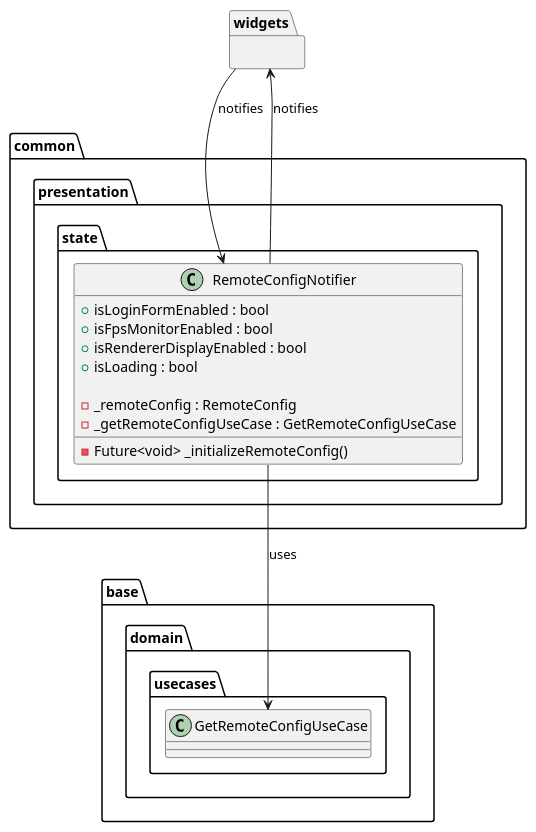
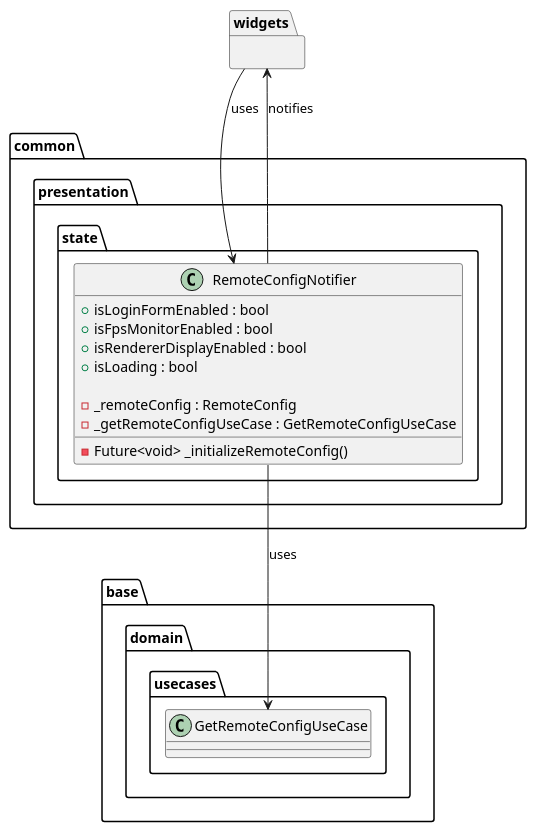
The diagram in metrics/web/docs/features/remote_config/diagrams/remote_config_presentation_class.puml (Flank/flank-dashboard), drawn with PlantUML before and after one commit. The commit also changed 1 other file, not shown here.

```diff
--- a/metrics/web/docs/features/remote_config/diagrams/remote_config_presentation_class.puml
+++ b/metrics/web/docs/features/remote_config/diagrams/remote_config_presentation_class.puml
@@ -1,27 +1,27 @@
 @startuml
 
 package base.domain.usecases {
     class GetRemoteConfigUseCase{}
 }
 
 package common.presentation.state {
     class RemoteConfigNotifier {
         + isLoginFormEnabled : bool
         + isFpsMonitorEnabled : bool
         + isRendererDisplayEnabled : bool
         + isLoading : bool
 
         - _remoteConfig : RemoteConfig
         - _getRemoteConfigUseCase : GetRemoteConfigUseCase
         - Future<void> _initializeRemoteConfig()
     }
 }
 
 package widgets {}
 
 RemoteConfigNotifier --> widgets : notifies
-widgets --> RemoteConfigNotifier : notifies
+widgets --> RemoteConfigNotifier : uses
 
 RemoteConfigNotifier --> GetRemoteConfigUseCase : uses
 
 @enduml
```
